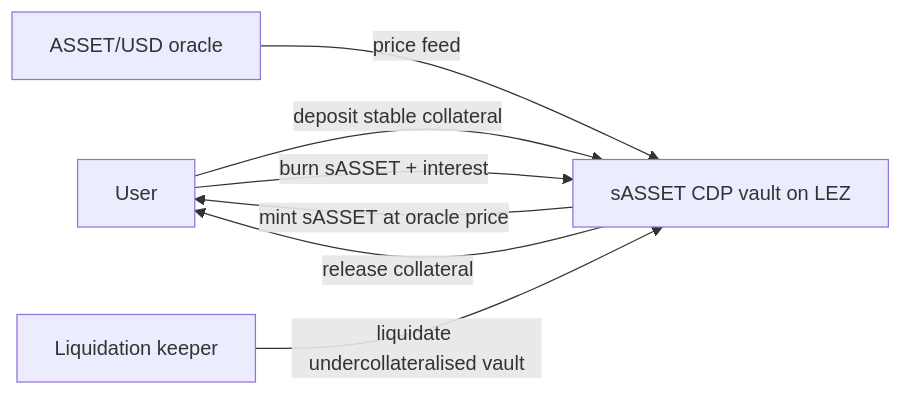
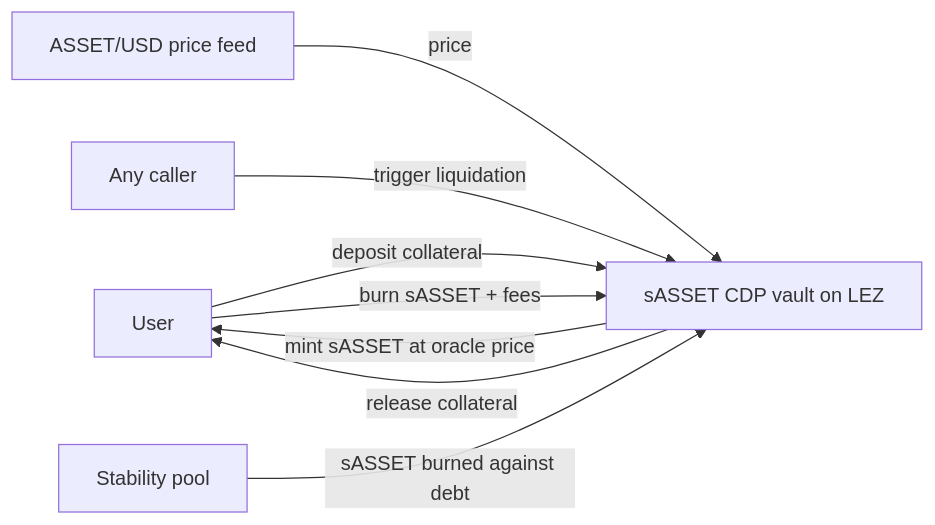
Before and after one commit to logos-co/rfp: the diagram in RFPs/RFP-024-cdp-backed-synthetic.md, drawn with Mermaid. The commit also changed other lines of this file, not shown here.

````diff
--- a/RFPs/RFP-024-cdp-backed-synthetic.md
+++ b/RFPs/RFP-024-cdp-backed-synthetic.md
@@ -110,9 +128,10 @@
 ```mermaid
 flowchart LR
-    User[User] -- deposit stable collateral --> Vault[sASSET CDP vault on LEZ]
+    User[User] -- deposit collateral --> Vault[sASSET CDP vault on LEZ]
     Vault -- mint sASSET at oracle price --> User
-    Oracle[ASSET/USD oracle] -- price feed --> Vault
-    User -- burn sASSET + interest --> Vault
+    Oracle[ASSET/USD price feed] -- price --> Vault
+    User -- burn sASSET + fees --> Vault
     Vault -- release collateral --> User
-    Liq[Liquidation keeper] -- liquidate undercollateralised vault --> Vault
+    Caller[Any caller] -- trigger liquidation --> Vault
+    Pool[Stability pool] -- sASSET burned against debt --> Vault
 ```
````
